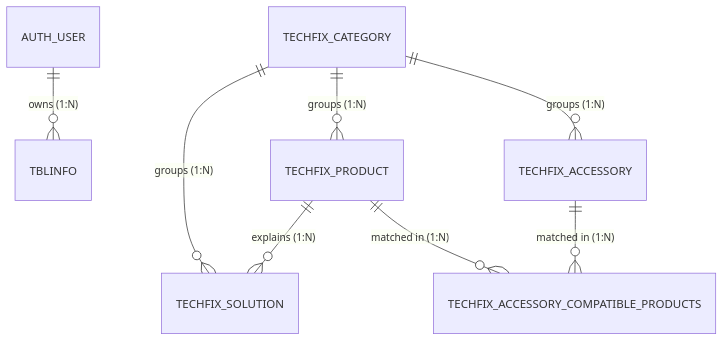
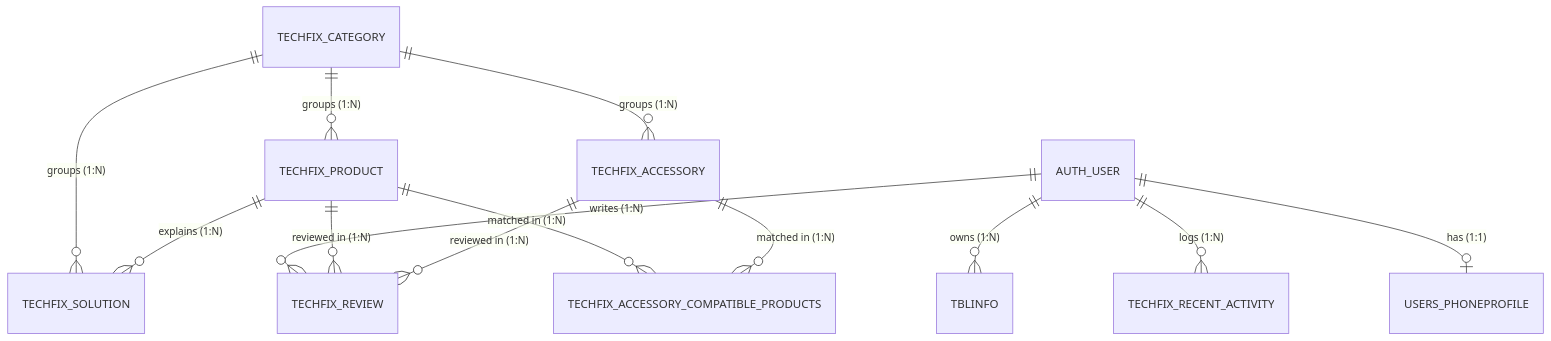
The diagram in projectv3/SQL/ERD.md (malinaoJan/BSIT3B-Django--technology-and-accessories-assistant-and-solution), drawn with Mermaid before and after one commit. The commit also changed other lines of this file and 14 other files, not shown here.

````diff
--- a/projectv3/SQL/ERD.md
+++ b/projectv3/SQL/ERD.md
@@ -26,10 +29,15 @@
 ```mermaid
 erDiagram
     AUTH_USER ||--o{ TBLINFO : "owns (1:N)"
+    AUTH_USER ||--o{ TECHFIX_REVIEW : "writes (1:N)"
+    AUTH_USER ||--o{ TECHFIX_RECENT_ACTIVITY : "logs (1:N)"
+    AUTH_USER ||--o| USERS_PHONEPROFILE : "has (1:1)"
     TECHFIX_CATEGORY ||--o{ TECHFIX_PRODUCT : "groups (1:N)"
     TECHFIX_CATEGORY ||--o{ TECHFIX_ACCESSORY : "groups (1:N)"
     TECHFIX_CATEGORY ||--o{ TECHFIX_SOLUTION : "groups (1:N)"
     TECHFIX_PRODUCT ||--o{ TECHFIX_SOLUTION : "explains (1:N)"
+    TECHFIX_PRODUCT ||--o{ TECHFIX_REVIEW : "reviewed in (1:N)"
+    TECHFIX_ACCESSORY ||--o{ TECHFIX_REVIEW : "reviewed in (1:N)"
     TECHFIX_PRODUCT ||--o{ TECHFIX_ACCESSORY_COMPATIBLE_PRODUCTS : "matched in (1:N)"
     TECHFIX_ACCESSORY ||--o{ TECHFIX_ACCESSORY_COMPATIBLE_PRODUCTS : "matched in (1:N)"
 ```
````
